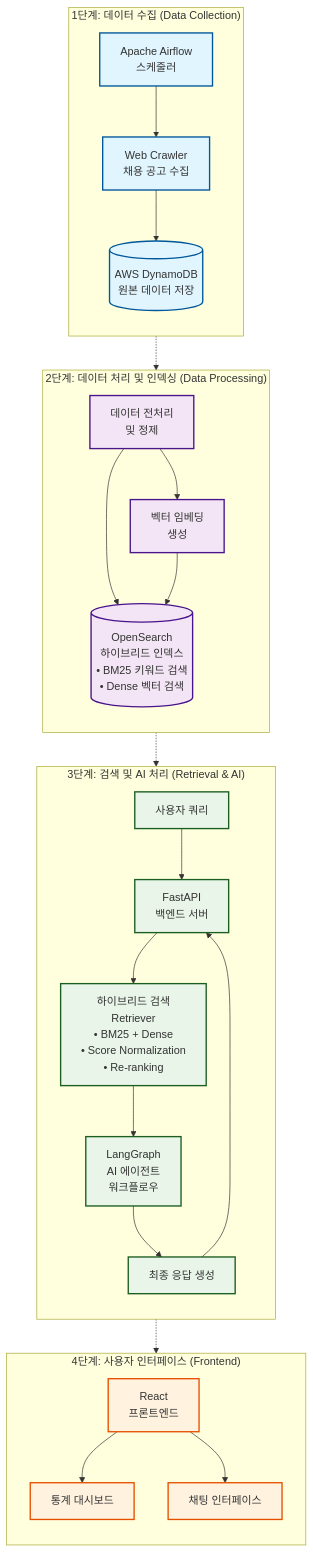
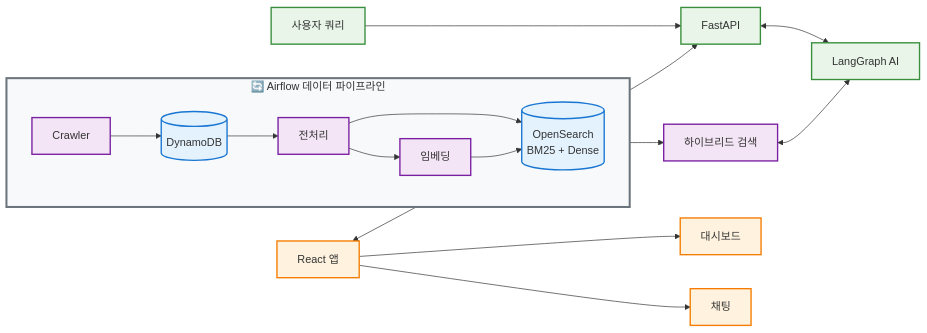
One commit to statjhw/MangMangDae-AI changed the diagram in README.md. Above: the diagram before and after it, drawn with Mermaid.

````diff
--- a/README.md
+++ b/README.md
@@ -70,64 +70,33 @@
 ```mermaid
-graph TB
-    %% 1. 데이터 수집 레이어
-    subgraph "1단계: 데이터 수집 (Data Collection)"
-        direction TB
-        A[Apache Airflow<br/>스케줄러] --> B[Web Crawler<br/>채용 공고 수집]
-        B --> C[(AWS DynamoDB<br/>원본 데이터 저장)]
-    end
-
-    %% 2. 데이터 처리 레이어
-    subgraph "2단계: 데이터 처리 및 인덱싱 (Data Processing)"
-        direction TB
-        D[데이터 전처리<br/>및 정제]
-        E[벡터 임베딩<br/>생성]
-        F[(OpenSearch<br/>하이브리드 인덱스<br/>• BM25 키워드 검색<br/>• Dense 벡터 검색)]
-        
-        D --> E
-        D --> F
+graph LR
+    %% Airflow 데이터 파이프라인
+    subgraph Airflow["🔄 Airflow 데이터 파이프라인"]
+        direction LR
+        B[Crawler] --> C[(DynamoDB)]
+        C --> D[전처리] --> E[임베딩]
+        D --> F[(OpenSearch<br/>BM25 + Dense)]
         E --> F
     end
+    
+    %% 검색 및 AI
+    G[사용자 쿼리] --> H[FastAPI] <--> J[LangGraph AI]
+    F --> I[하이브리드 검색] <--> J
+    
+    %% 프론트엔드
+    L[React 앱] <--> H
+    L --> M[대시보드]
+    L --> N[채팅]
+    
+    %% 스타일링
+    classDef db fill:#e3f2fd,stroke:#1976d2,stroke-width:2px
+    classDef process fill:#f3e5f5,stroke:#7b1fa2,stroke-width:2px
+    classDef ai fill:#e8f5e8,stroke:#388e3c,stroke-width:2px
+    classDef ui fill:#fff3e0,stroke:#f57c00,stroke-width:2px
+    classDef pipeline fill:#f8f9fa,stroke:#6c757d,stroke-width:3px
 
-    %% 3. 검색 및 AI 처리 레이어
-    subgraph "3단계: 검색 및 AI 처리 (Retrieval & AI)"
-        direction TB
-        H[사용자 쿼리]
-        I[FastAPI<br/>백엔드 서버]
-        J[하이브리드 검색<br/>Retriever<br/>• BM25 + Dense<br/>• Score Normalization<br/>• Re-ranking]
-        K[LangGraph<br/>AI 에이전트<br/>워크플로우]
-        L[최종 응답 생성]
-        
-        H --> I
-        I --> J
-        J --> K
-        K --> L
-        L --> I
-    end
-
-    %% 4. 사용자 인터페이스 레이어
-    subgraph "4단계: 사용자 인터페이스 (Frontend)"
-        direction TB
-        M[React<br/>프론트엔드]
-        N[통계 대시보드]
-        O[채팅 인터페이스]
-        
-        M --> N
-        M --> O
-    end
-
-    %% 데이터 플로우 연결
-    C -.-> D
-    F -.-> J
-    I -.-> M
-
-    %% 스타일링
-    classDef collection fill:#e1f5fe,stroke:#01579b,stroke-width:2px
-    classDef processing fill:#f3e5f5,stroke:#4a148c,stroke-width:2px
-    classDef ai fill:#e8f5e8,stroke:#1b5e20,stroke-width:2px
-    classDef frontend fill:#fff3e0,stroke:#e65100,stroke-width:2px
-
-    class A,B,C collection
-    class D,E,F processing
-    class H,I,J,K,L ai
-    class M,N,O frontend
+    class C,F db
+    class B,D,E,I process
+    class G,H,J ai
+    class L,M,N ui
+    class Airflow pipeline
 ```
````
